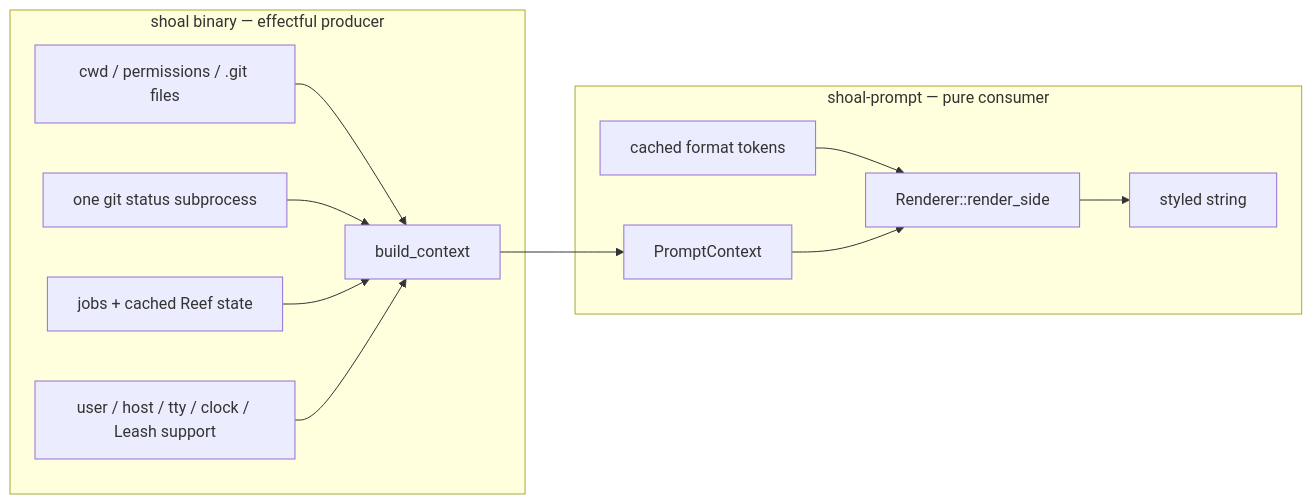
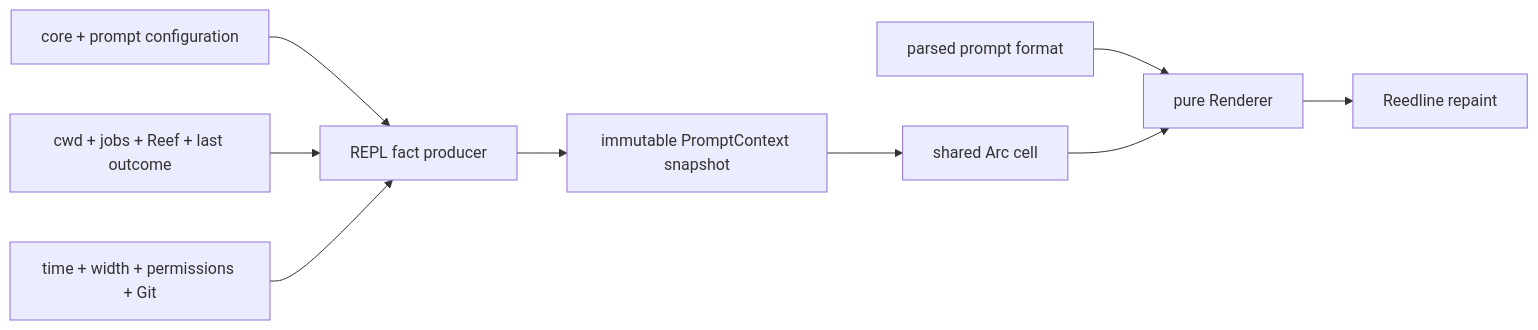
Before and after one commit to alliecatowo/shoal: the first of 4 diagrams in site/content/internals/prompt-editor-lsp.md, drawn with Mermaid. The commit also changed other lines of this file and 70 other files, not shown here.

Commit message:
docs: refine manual and architecture visuals

````diff
--- a/site/content/internals/prompt-editor-lsp.md
+++ b/site/content/internals/prompt-editor-lsp.md
@@ -66,20 +26,13 @@
 ```mermaid
 flowchart LR
-  subgraph Producer["shoal binary — effectful producer"]
-    FS["cwd / permissions / .git files"]
-    Git["one git status subprocess"]
-    EV["jobs + cached Reef state"]
-    OS["user / host / tty / clock / Leash support"]
-    Build["build_context"]
-    FS --> Build
-    Git --> Build
-    EV --> Build
-    OS --> Build
-  end
-  Build --> Snapshot["PromptContext"]
-  subgraph Pure["shoal-prompt — pure consumer"]
-    Tokens["cached format tokens"] --> Render["Renderer::render_side"]
-    Snapshot --> Render
-    Render --> ANSI["styled string"]
-  end
+accTitle: Prompt producer, snapshot, and renderer
+accDescr: The REPL gathers effectful facts once per command into an immutable snapshot; repainting only reads that snapshot through the pure prompt renderer.
+  Config["core + prompt configuration"] --> Producer["REPL fact producer"]
+  Eval["cwd + jobs + Reef + last outcome"] --> Producer
+  OS["time + width + permissions + Git"] --> Producer
+  Producer --> Snapshot["immutable PromptContext snapshot"]
+  Snapshot --> Cell["shared Arc cell"]
+  Format["parsed prompt format"] --> Renderer["pure Renderer"]
+  Cell --> Renderer
+  Renderer --> Reedline["Reedline repaint"]
 ```
````
